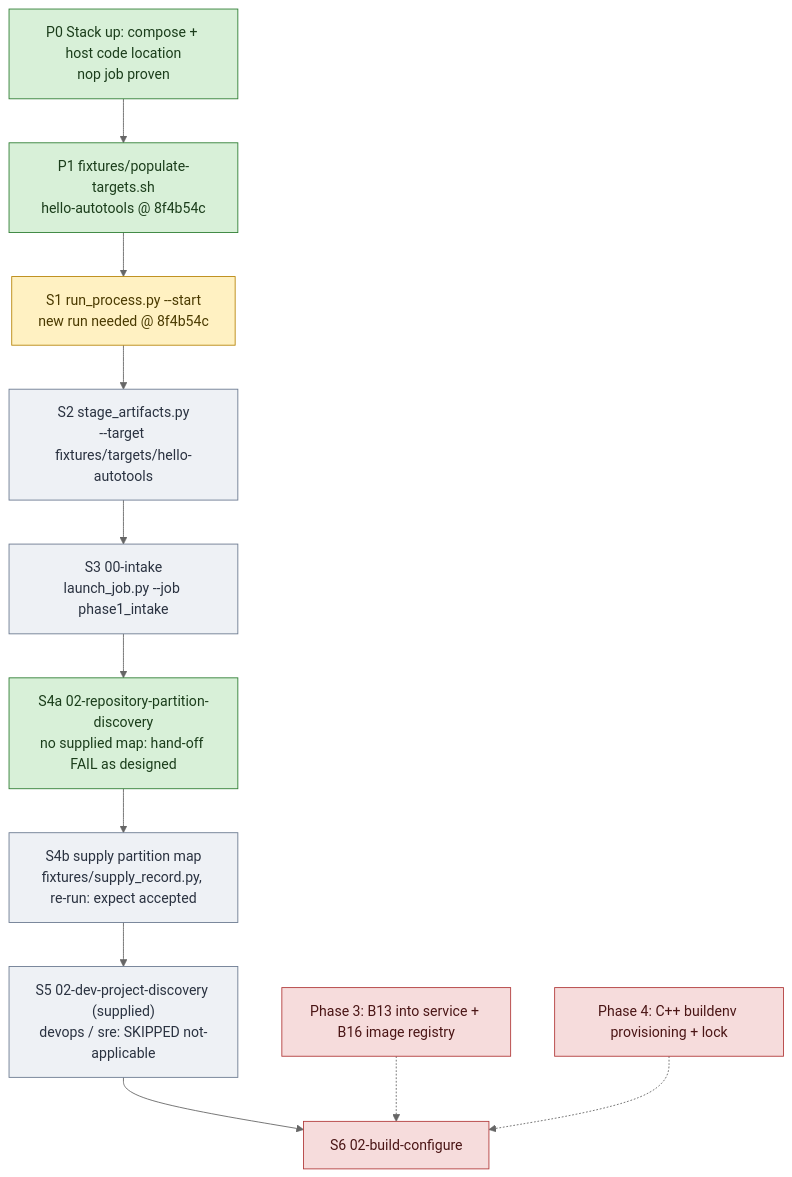
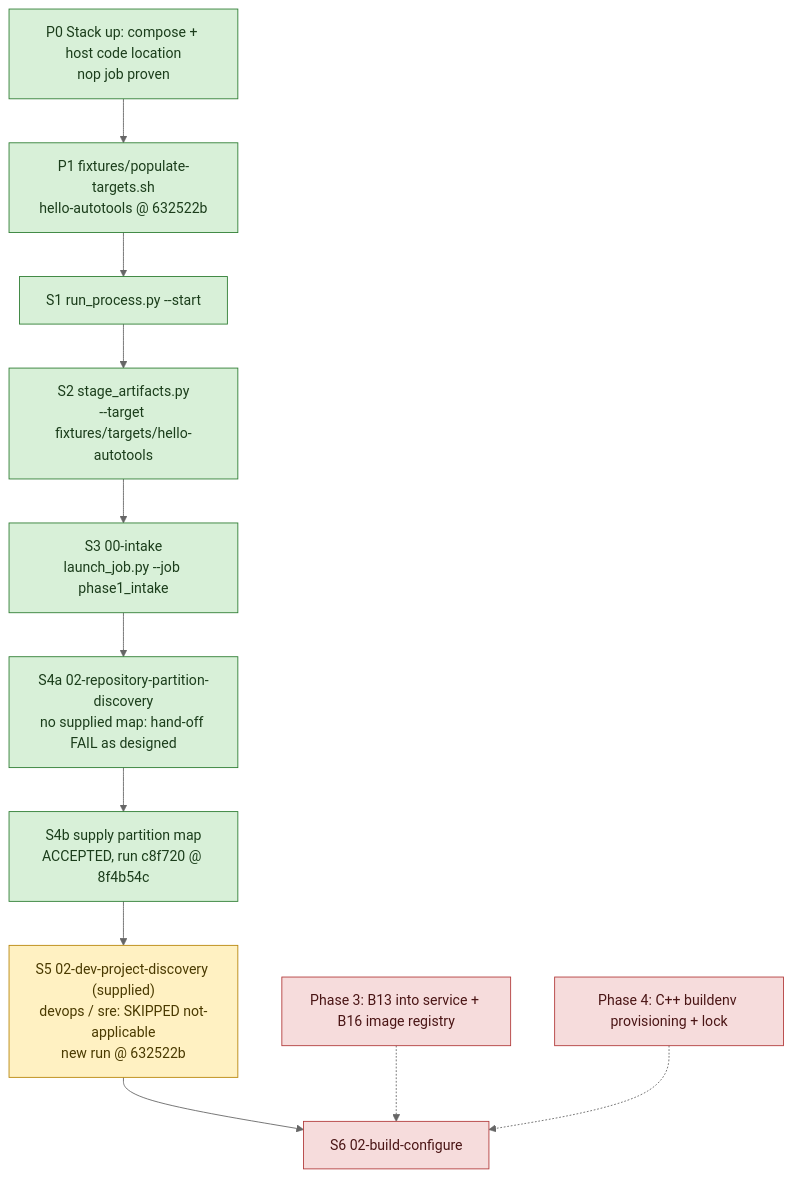
One commit to wsollers/appsec-review changed the diagram in docs/processes/flow-bringup.md. Above: the diagram before and after it, drawn with Mermaid (neutral theme). The commit also changed other lines of this file and 2 other files, not shown here.

First line of the commit message:
Flow bring-up: partition discovery ACCEPTED; re-pin fixture to 632522b (src comments stripped)

````diff
--- a/docs/processes/flow-bringup.md
+++ b/docs/processes/flow-bringup.md
@@ -12,23 +12,23 @@
 ```mermaid
 flowchart TD
   P0["P0 Stack up: compose + host code location<br/>nop job proven"]:::done
-  P1["P1 fixtures/populate-targets.sh<br/>hello-autotools @ 8f4b54c"]:::done
-  S1["S1 run_process.py --start<br/>new run needed @ 8f4b54c"]:::next
-  S2["S2 stage_artifacts.py<br/>--target fixtures/targets/hello-autotools"]:::todo
-  S3["S3 00-intake<br/>launch_job.py --job phase1_intake"]:::todo
+  P1["P1 fixtures/populate-targets.sh<br/>hello-autotools @ 632522b"]:::done
+  S1["S1 run_process.py --start"]:::done
+  S2["S2 stage_artifacts.py<br/>--target fixtures/targets/hello-autotools"]:::done
+  S3["S3 00-intake<br/>launch_job.py --job phase1_intake"]:::done
   S4a["S4a 02-repository-partition-discovery<br/>no supplied map: hand-off FAIL as designed"]:::done
-  S4b["S4b supply partition map<br/>fixtures/supply_record.py, re-run: expect accepted"]:::todo
-  S5["S5 02-dev-project-discovery (supplied)<br/>devops / sre: SKIPPED not-applicable"]:::todo
+  S4b["S4b supply partition map<br/>ACCEPTED, run c8f720 @ 8f4b54c"]:::done
+  S5["S5 02-dev-project-discovery (supplied)<br/>devops / sre: SKIPPED not-applicable<br/>new run @ 632522b"]:::next
   S6["S6 02-build-configure"]:::blocked
   B13["Phase 3: B13 into service + B16 image registry"]:::blocked
   BE["Phase 4: C++ buildenv provisioning + lock"]:::blocked
 
   P0 --> P1 --> S1 --> S2 --> S3 --> S4a --> S4b --> S5 --> S6
   B13 -.-> S6
   BE -.-> S6
 
   classDef done fill:#d8f0d8,stroke:#2e7d32,color:#1b3d1b
   classDef next fill:#fff1c2,stroke:#b8860b,color:#4a3a00
   classDef todo fill:#eef1f5,stroke:#6b7a90,color:#2a3240
   classDef blocked fill:#f6dcdc,stroke:#b23b3b,color:#4a1515
 ```
````
